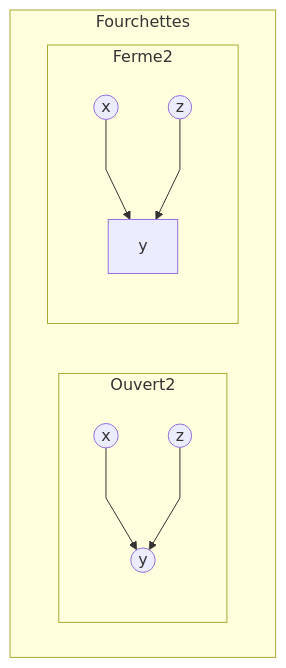
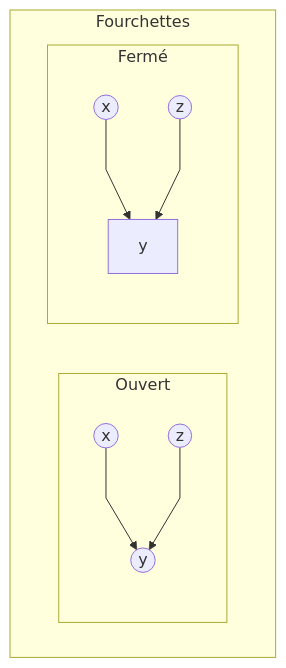
One commit to laurenceomfoisy/laurenceoliviermfoisy changed diagram 28 of 39 in presentation_goa/index.qmd. Above: the diagram before and after it, drawn with Mermaid. The commit also changed 2 other files, not shown here.

````diff
--- a/presentation_goa/index.qmd
+++ b/presentation_goa/index.qmd
@@ -452,19 +452,19 @@
 ```{mermaid}
 
 %%{init: {'flowchart' : {'curve' : 'linear'}}}%%
 
 flowchart TD;
     subgraph Fourchettes
 
-    subgraph Ouvert2
+    subgraph Ouvert
     x1((x)) --> y1((y));
     z1((z)) --> y1;
     end
 
-    subgraph Ferme2
+    subgraph Fermé
     x6((x)) --> y6[y];
     z6((z)) --> y6;
     end
 
     end
 ```
````
